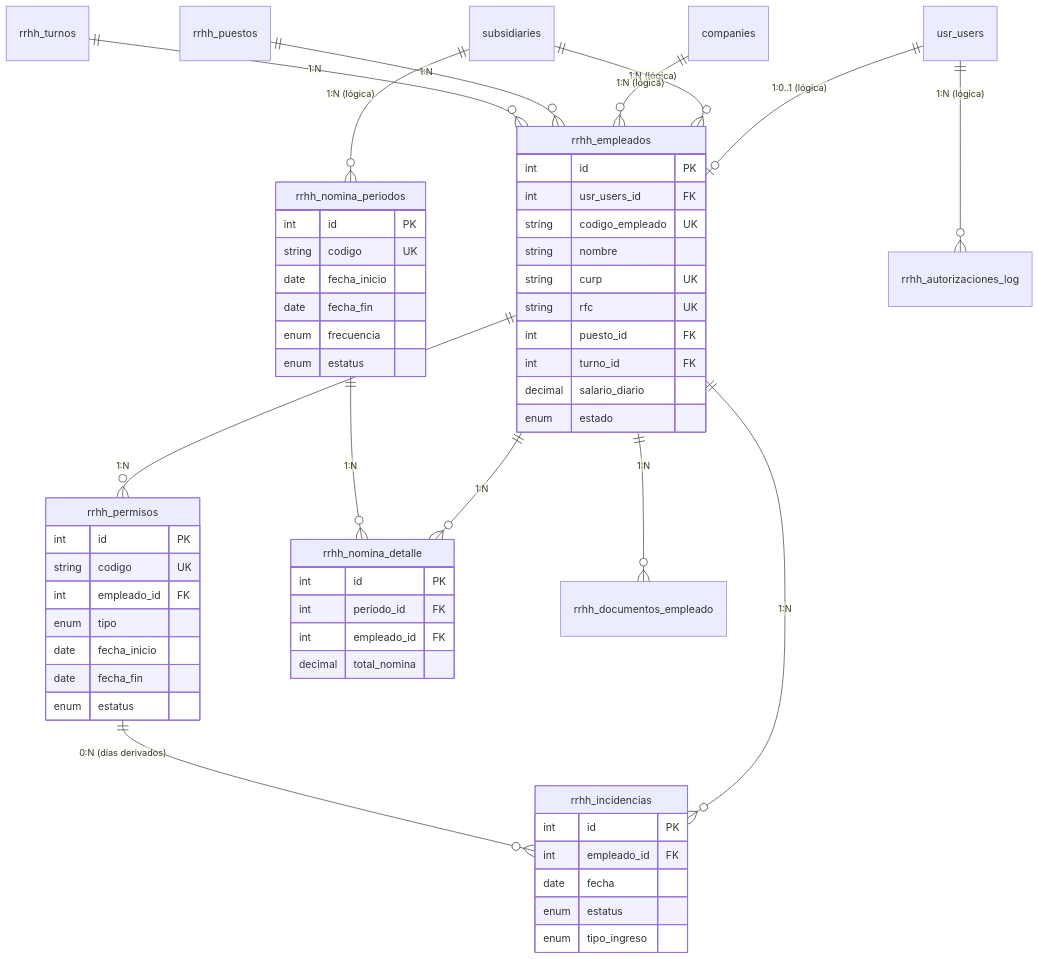
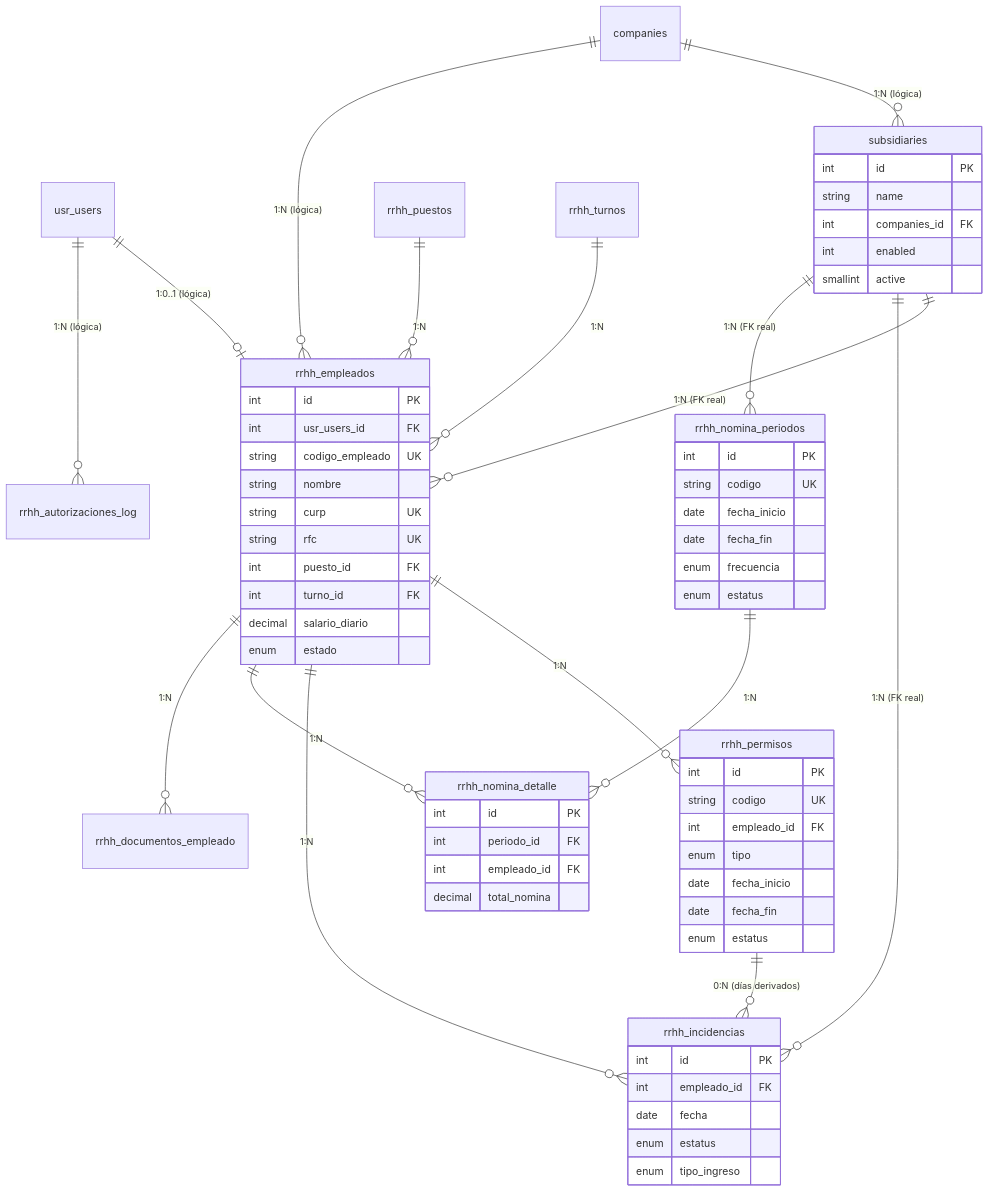
One commit to CoffeeSoftDev/huubie changed the diagram in alpha/rrhh/docs/base-de-datos.md. Above: the diagram before and after it, drawn with Mermaid. The commit also changed other lines of this file and 19 other files, not shown here.

````diff
--- a/alpha/rrhh/docs/base-de-datos.md
+++ b/alpha/rrhh/docs/base-de-datos.md
@@ -348,64 +380,74 @@
 ```mermaid
 erDiagram
     usr_users ||--o| rrhh_empleados : "1:0..1 (lógica)"
-    subsidiaries ||--o{ rrhh_empleados : "1:N (lógica)"
+    companies ||--o{ subsidiaries : "1:N (lógica)"
+    subsidiaries ||--o{ rrhh_empleados : "1:N (FK real)"
     companies ||--o{ rrhh_empleados : "1:N (lógica)"
 
     rrhh_puestos ||--o{ rrhh_empleados : "1:N"
     rrhh_turnos  ||--o{ rrhh_empleados : "1:N"
 
     rrhh_empleados ||--o{ rrhh_permisos : "1:N"
     rrhh_empleados ||--o{ rrhh_incidencias : "1:N"
     rrhh_empleados ||--o{ rrhh_nomina_detalle : "1:N"
     rrhh_empleados ||--o{ rrhh_documentos_empleado : "1:N"
 
     rrhh_permisos  ||--o{ rrhh_incidencias : "0:N (días derivados)"
 
     rrhh_nomina_periodos ||--o{ rrhh_nomina_detalle : "1:N"
-    subsidiaries ||--o{ rrhh_nomina_periodos : "1:N (lógica)"
+    subsidiaries ||--o{ rrhh_incidencias : "1:N (FK real)"
+    subsidiaries ||--o{ rrhh_nomina_periodos : "1:N (FK real)"
 
     usr_users ||--o{ rrhh_autorizaciones_log : "1:N (lógica)"
+
+    subsidiaries {
+        int id PK
+        string name
+        int companies_id FK
+        int enabled
+        smallint active
+    }
 
     rrhh_empleados {
         int id PK
         int usr_users_id FK
         string codigo_empleado UK
         string nombre
         string curp UK
         string rfc UK
         int puesto_id FK
         int turno_id FK
         decimal salario_diario
         enum estado
     }
     rrhh_permisos {
         int id PK
         string codigo UK
         int empleado_id FK
         enum tipo
         date fecha_inicio
         date fecha_fin
         enum estatus
     }
     rrhh_incidencias {
         int id PK
         int empleado_id FK
         date fecha
         enum estatus
         enum tipo_ingreso
     }
     rrhh_nomina_periodos {
         int id PK
         string codigo UK
         date fecha_inicio
         date fecha_fin
         enum frecuencia
         enum estatus
     }
     rrhh_nomina_detalle {
         int id PK
         int periodo_id FK
         int empleado_id FK
         decimal total_nomina
     }
 ```
````
